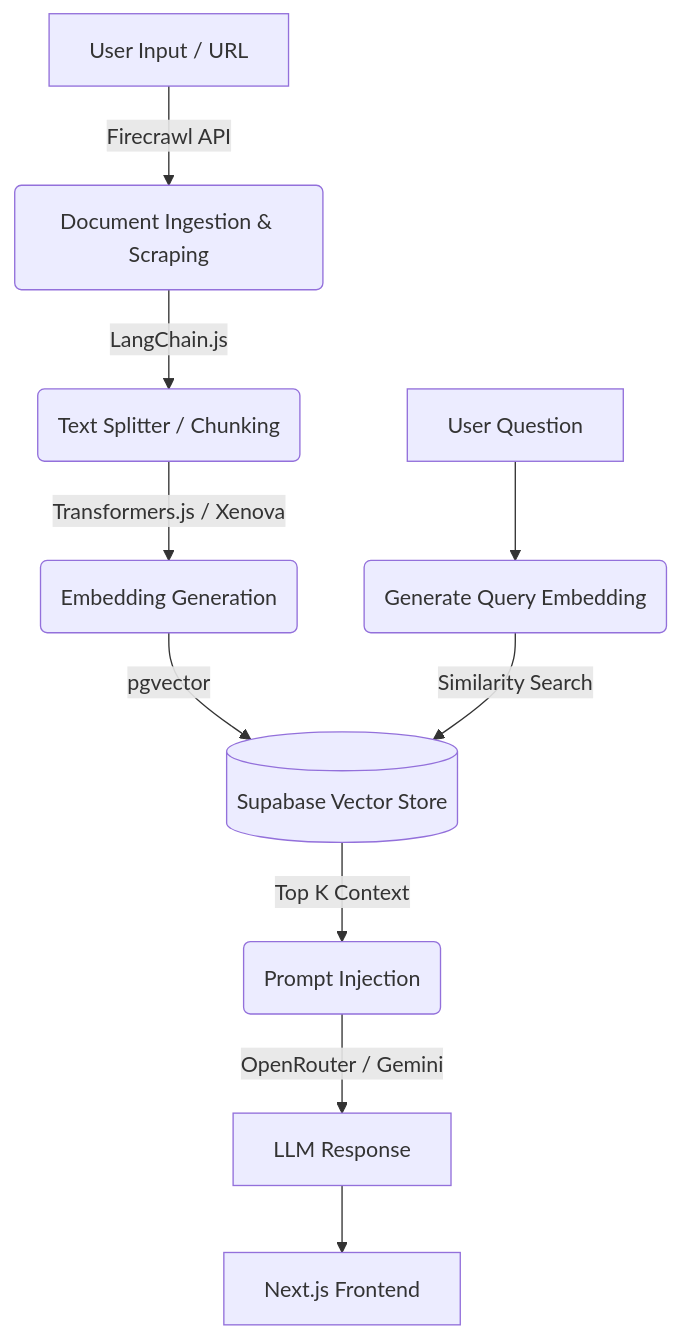
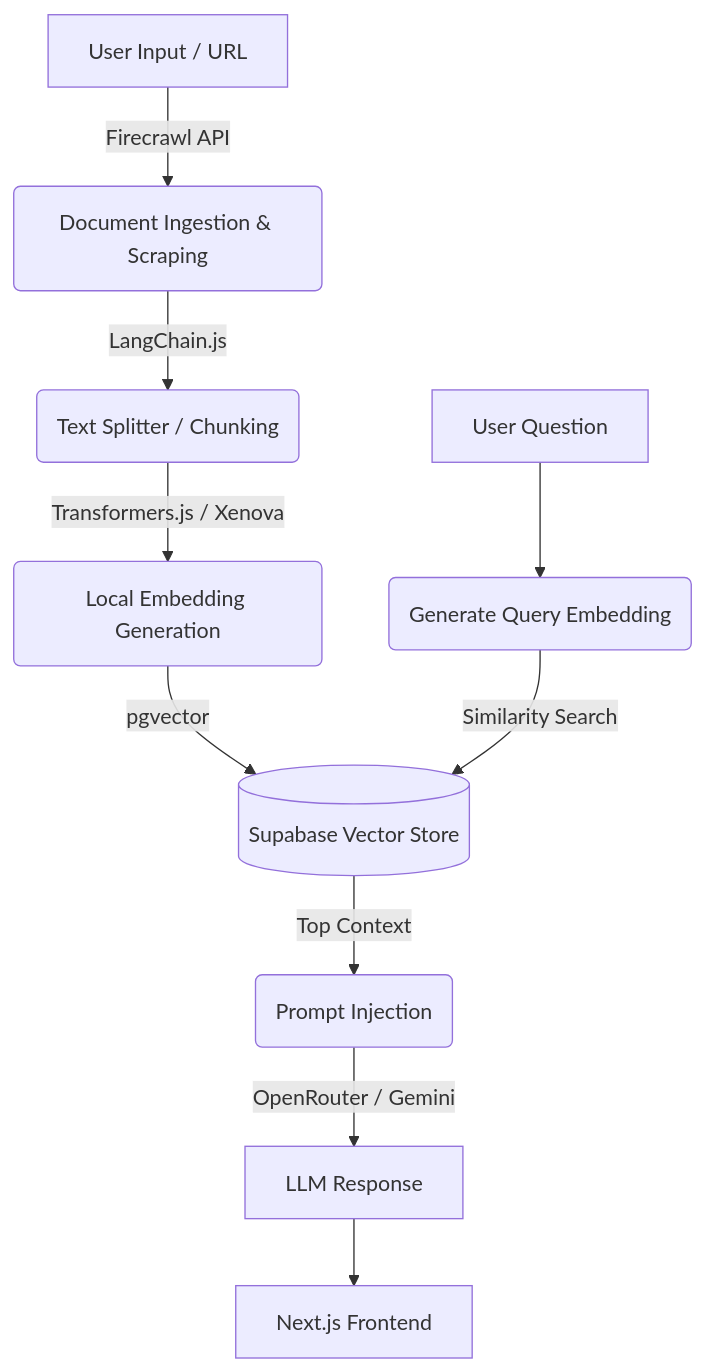
The diagram in readme.md (JuanjoSG5/RAG-Documented-Assistant), drawn with Mermaid before and after one commit. The commit also changed other lines of this file, not shown here.

````diff
--- a/readme.md
+++ b/readme.md
@@ -24,13 +24,13 @@
 ```mermaid
    graph TD;
     A[User Input / URL] -->|Firecrawl API| B(Document Ingestion & Scraping)
     B -->|LangChain.js| C(Text Splitter / Chunking)
-    C -->|Transformers.js / Xenova| D(Embedding Generation)
+    C -->|Transformers.js / Xenova| D(Local Embedding Generation)
     D -->|pgvector| E[(Supabase Vector Store)]
     
     F[User Question] --> G(Generate Query Embedding)
     G -->|Similarity Search| E
-    E -->|Top K Context| H(Prompt Injection)
+    E -->|Top Context| H(Prompt Injection)
     H -->|OpenRouter / Gemini| I[LLM Response]
     I --> J[Next.js Frontend]
 ```
````
